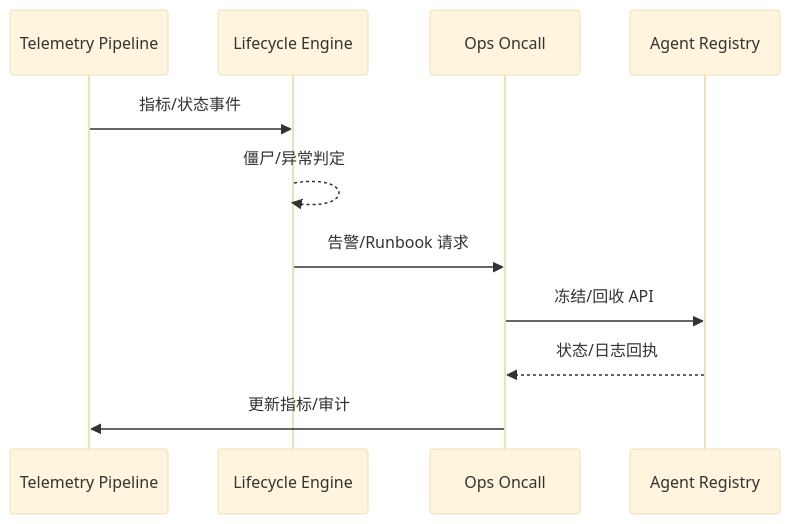
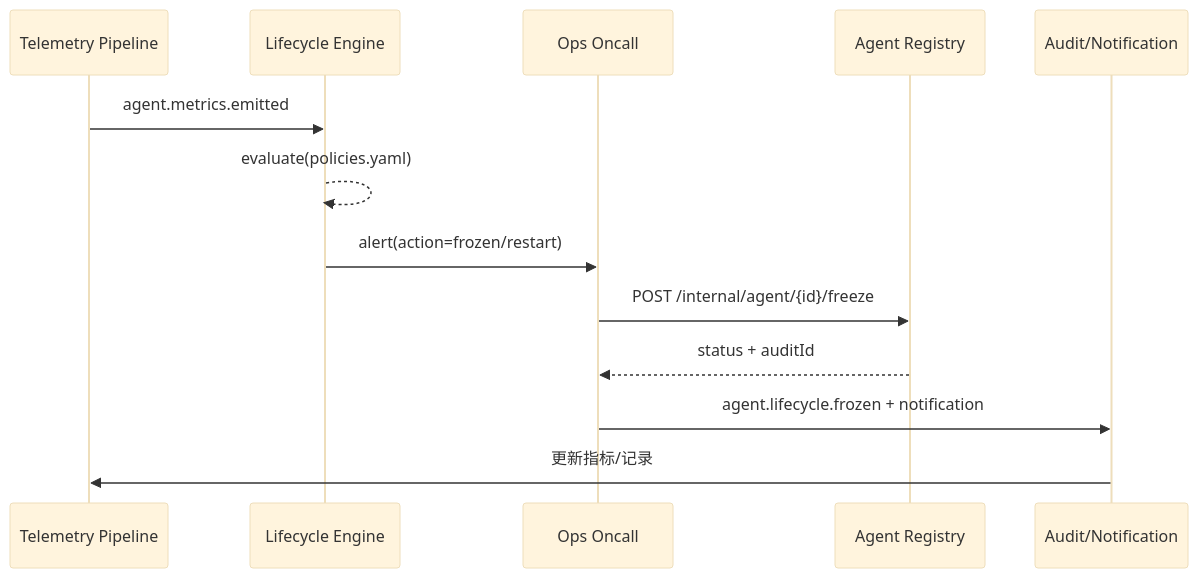
Before and after one commit to ArtisanCloud/PowerXDoc: the diagram in docs/scenarios/agent-orchestration/SCN-AGENT-REG-LIFECYCLE-001.md, drawn with Mermaid (base theme). The commit also changed other lines of this file and 515 other files, not shown here.

````diff
--- a/docs/scenarios/agent-orchestration/SCN-AGENT-REG-LIFECYCLE-001.md
+++ b/docs/scenarios/agent-orchestration/SCN-AGENT-REG-LIFECYCLE-001.md
@@ -55,14 +57,16 @@
 ```mermaid
 sequenceDiagram
-  participant Telemetry as Telemetry Pipeline
+  participant Metrics as Telemetry Pipeline
   participant Policy as Lifecycle Engine
   participant Ops as Ops Oncall
   participant Registry as Agent Registry
+  participant Audit as Audit/Notification
 
-  Telemetry->>Policy: 指标/状态事件
-  Policy-->>Policy: 僵尸/异常判定
-  Policy->>Ops: 告警/Runbook 请求
-  Ops->>Registry: 冻结/回收 API
-  Registry-->>Ops: 状态/日志回执
-  Ops->>Telemetry: 更新指标/审计
+  Metrics->>Policy: agent.metrics.emitted
+  Policy-->>Policy: evaluate(policies.yaml)
+  Policy->>Ops: alert(action=frozen/restart)
+  Ops->>Registry: POST /internal/agent/{id}/freeze
+  Registry-->>Ops: status + auditId
+  Ops->>Audit: agent.lifecycle.frozen + notification
+  Audit->>Metrics: 更新指标/记录
 ```
````
